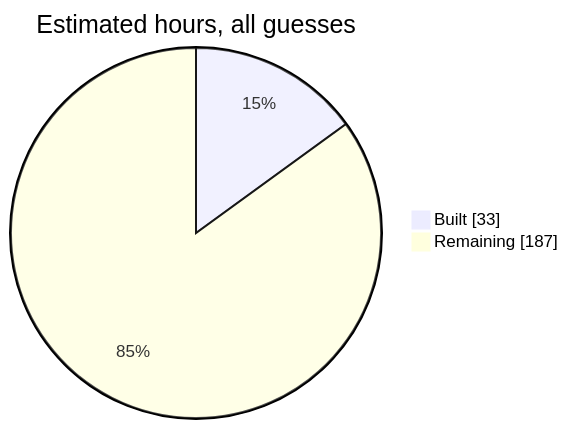
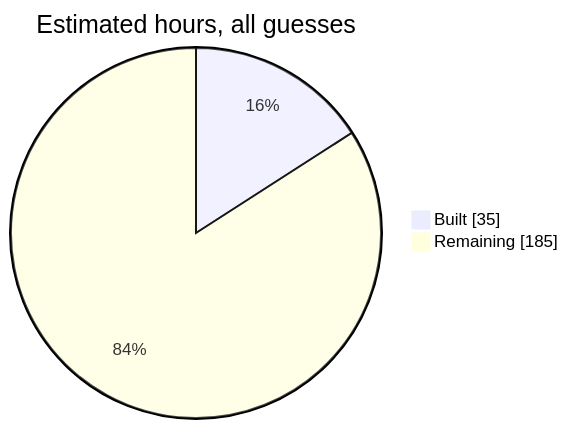
Before and after one commit to SumanthVarma798/GNSS-Constellation-Health-Monitoring-System: the second of 5 diagrams in docs/system-design.md, drawn with Mermaid. The commit also changed other lines of this file and 3 other files, not shown here.

````diff
--- a/docs/system-design.md
+++ b/docs/system-design.md
@@ -70,5 +70,5 @@
 ```mermaid
 pie showData title Estimated hours, all guesses
-  "Built" : 33
-  "Remaining" : 187
+  "Built" : 35
+  "Remaining" : 185
 ```
````
